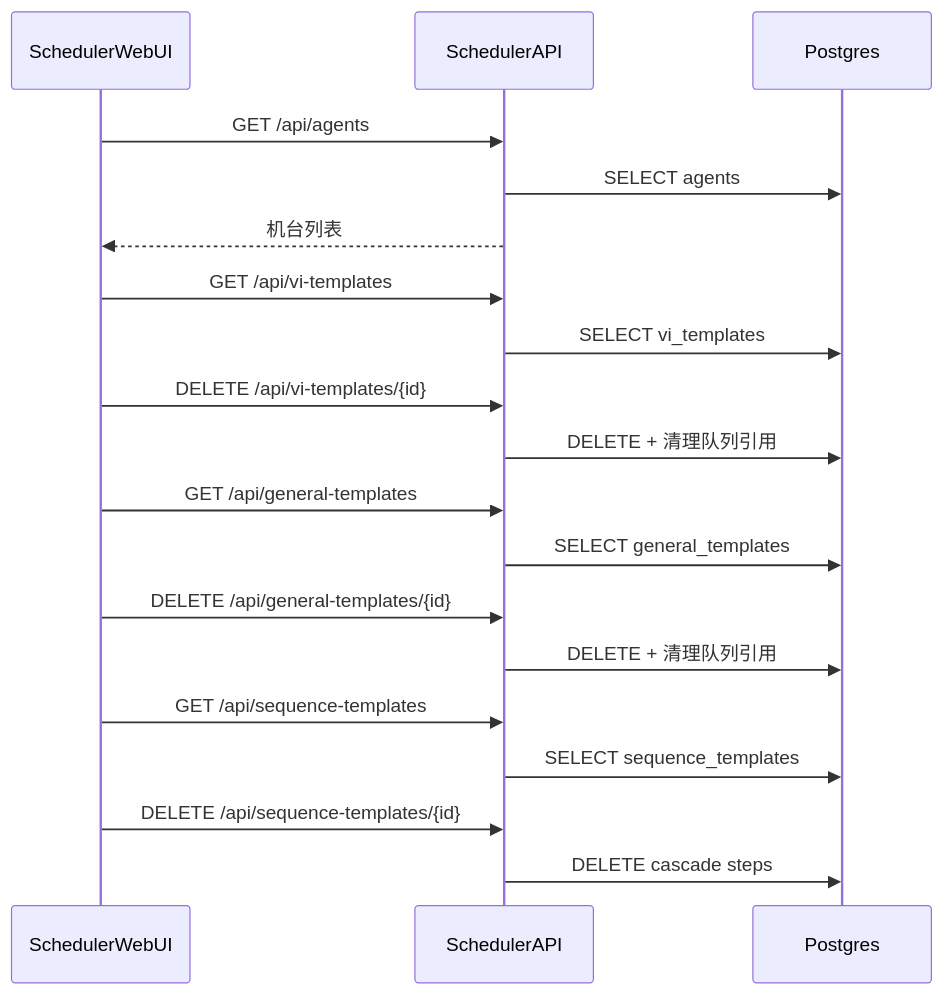
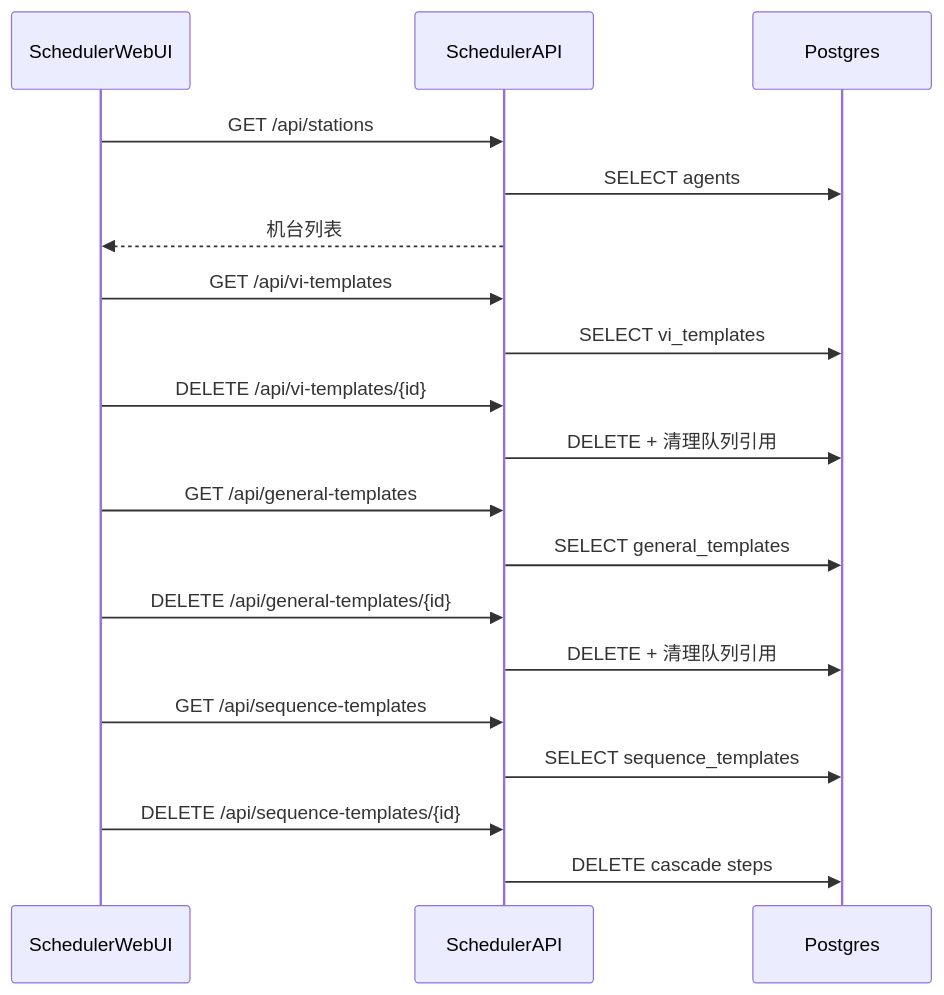
One commit to zhongbinyang/Atlas changed the third of 8 diagrams in docs/api.md. Above: the diagram before and after it, drawn with Mermaid. The commit also changed other lines of this file and 61 other files, not shown here.

````diff
--- a/docs/api.md
+++ b/docs/api.md
@@ -119,25 +120,25 @@
 ```mermaid
 sequenceDiagram
   participant SW as SchedulerWebUI
   participant SA as SchedulerAPI
   participant DB as Postgres
 
-  SW->>SA: GET /api/agents
+  SW->>SA: GET /api/stations
   SA->>DB: SELECT agents
   SA-->>SW: 机台列表
 
   SW->>SA: GET /api/vi-templates
   SA->>DB: SELECT vi_templates
   SW->>SA: DELETE /api/vi-templates/{id}
   SA->>DB: DELETE + 清理队列引用
 
   SW->>SA: GET /api/general-templates
   SA->>DB: SELECT general_templates
   SW->>SA: DELETE /api/general-templates/{id}
   SA->>DB: DELETE + 清理队列引用
 
   SW->>SA: GET /api/sequence-templates
   SA->>DB: SELECT sequence_templates
   SW->>SA: DELETE /api/sequence-templates/{id}
   SA->>DB: DELETE cascade steps
 ```
````
